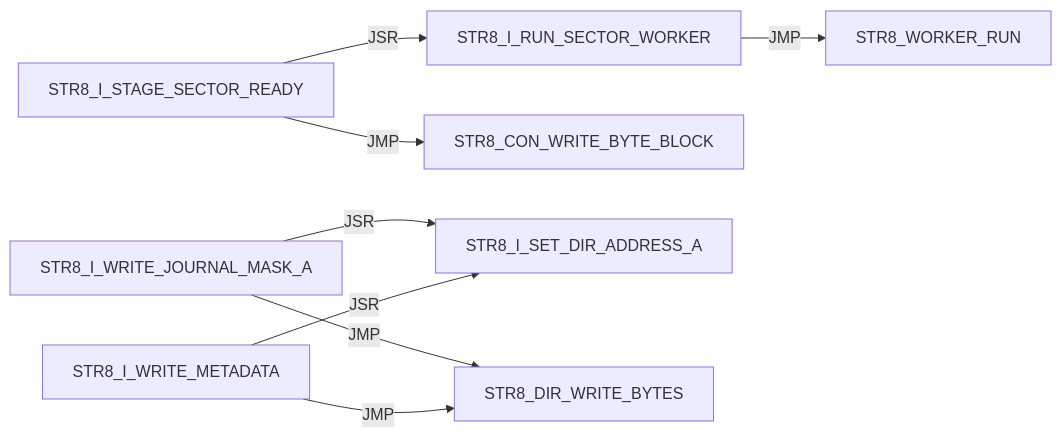
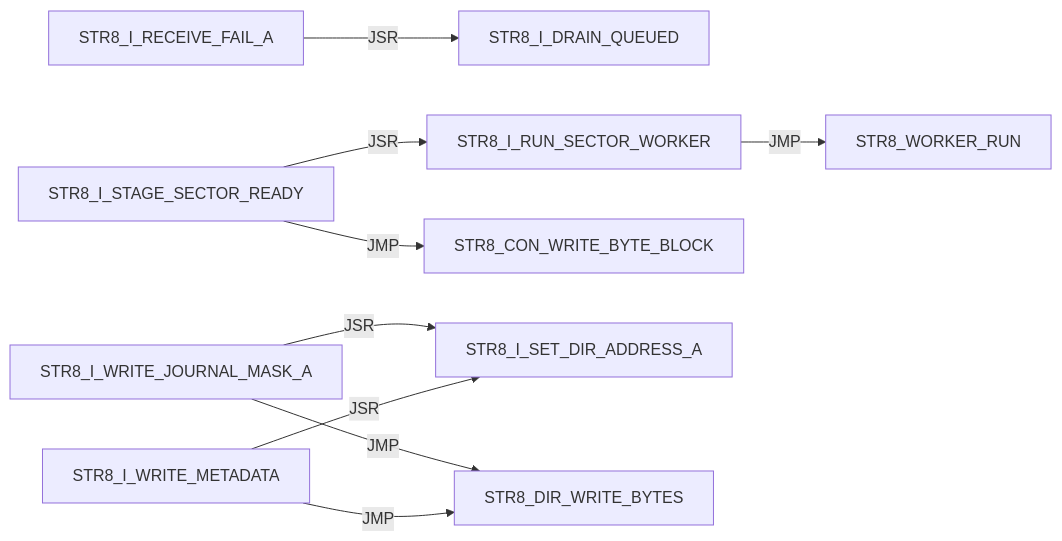
Diagram 19 of 41 in DOC/GUIDES/STR8/STR8_EDGE_DUMP.md (95westus/R-YORS), drawn with Mermaid before and after one commit. The commit also changed other lines of this file and 17 other files, not shown here.

````diff
--- a/DOC/GUIDES/STR8/STR8_EDGE_DUMP.md
+++ b/DOC/GUIDES/STR8/STR8_EDGE_DUMP.md
@@ -281,10 +276,11 @@
 ```mermaid
 flowchart LR
-    N0["STR8_I_RUN_SECTOR_WORKER"] -->|JMP| N1["STR8_WORKER_RUN"]
-    N2["STR8_I_STAGE_SECTOR_READY"] -->|JSR| N0["STR8_I_RUN_SECTOR_WORKER"]
-    N2["STR8_I_STAGE_SECTOR_READY"] -->|JMP| N3["STR8_CON_WRITE_BYTE_BLOCK"]
-    N4["STR8_I_WRITE_JOURNAL_MASK_A"] -->|JSR| N5["STR8_I_SET_DIR_ADDRESS_A"]
-    N4["STR8_I_WRITE_JOURNAL_MASK_A"] -->|JMP| N6["STR8_DIR_WRITE_BYTES"]
-    N7["STR8_I_WRITE_METADATA"] -->|JSR| N5["STR8_I_SET_DIR_ADDRESS_A"]
-    N7["STR8_I_WRITE_METADATA"] -->|JMP| N6["STR8_DIR_WRITE_BYTES"]
+    N0["STR8_I_RECEIVE_FAIL_A"] -->|JSR| N1["STR8_I_DRAIN_QUEUED"]
+    N2["STR8_I_RUN_SECTOR_WORKER"] -->|JMP| N3["STR8_WORKER_RUN"]
+    N4["STR8_I_STAGE_SECTOR_READY"] -->|JSR| N2["STR8_I_RUN_SECTOR_WORKER"]
+    N4["STR8_I_STAGE_SECTOR_READY"] -->|JMP| N5["STR8_CON_WRITE_BYTE_BLOCK"]
+    N6["STR8_I_WRITE_JOURNAL_MASK_A"] -->|JSR| N7["STR8_I_SET_DIR_ADDRESS_A"]
+    N6["STR8_I_WRITE_JOURNAL_MASK_A"] -->|JMP| N8["STR8_DIR_WRITE_BYTES"]
+    N9["STR8_I_WRITE_METADATA"] -->|JSR| N7["STR8_I_SET_DIR_ADDRESS_A"]
+    N9["STR8_I_WRITE_METADATA"] -->|JMP| N8["STR8_DIR_WRITE_BYTES"]
 ```
````
